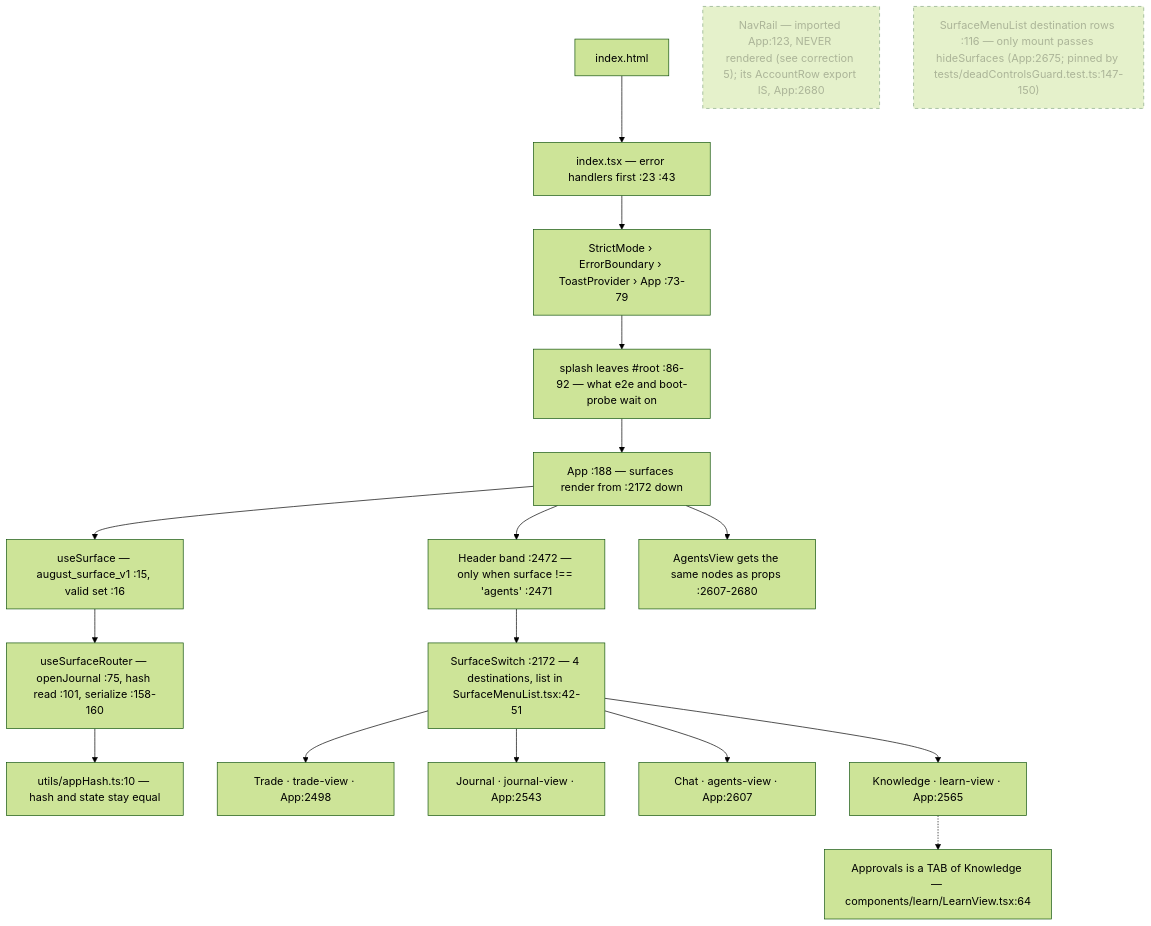
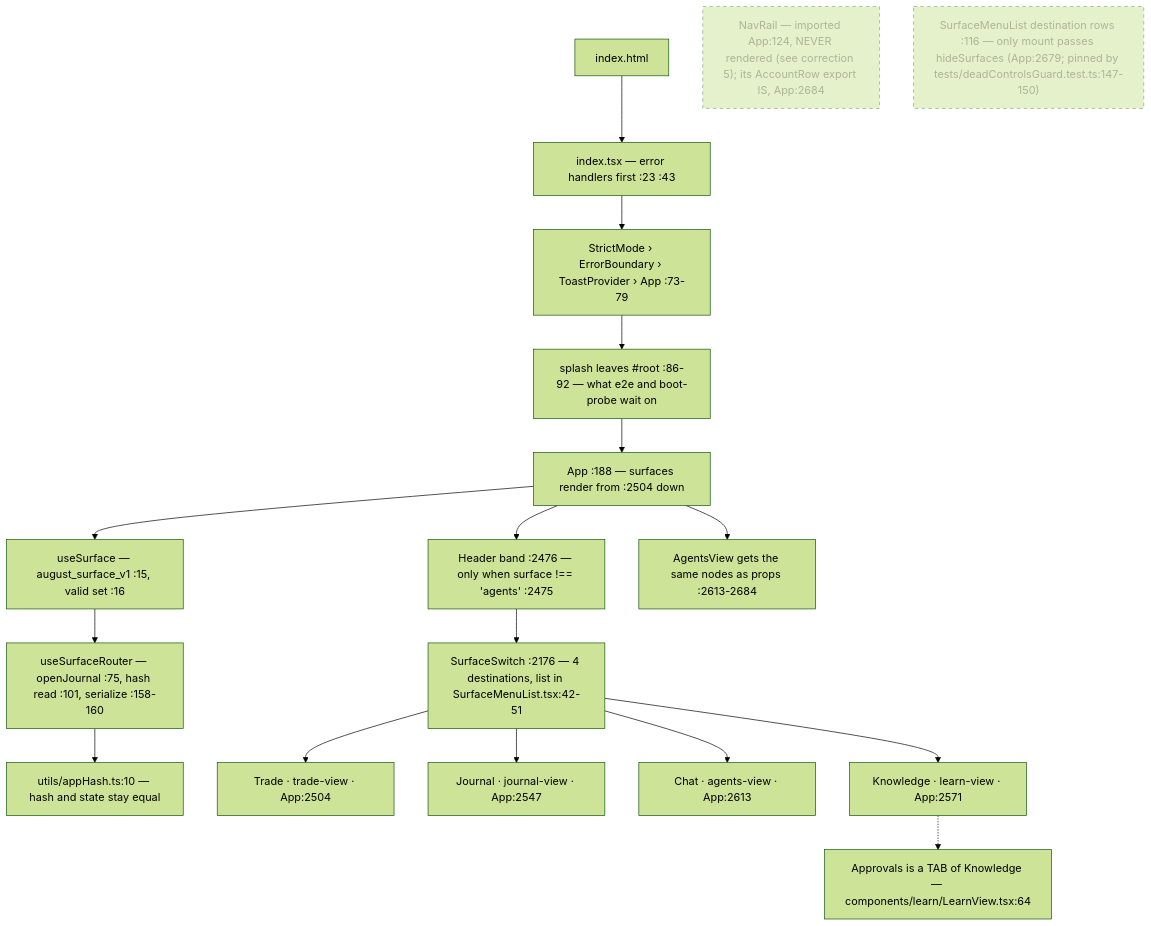
One commit to Acepay25/august-3.5 changed the first of 7 diagrams in docs/app-flow.md. Above: the diagram before and after it, drawn with Mermaid (forest theme). The commit also changed other lines of this file and 12 other files, not shown here.

First line of the commit message:
feat(automation): a schedule gets its own tool turn, its own ration, and its own bad news

````diff
--- a/docs/app-flow.md
+++ b/docs/app-flow.md
@@ -21,21 +21,21 @@
 ```mermaid
 flowchart TD
     H["index.html"] --> I["index.tsx — error handlers first :23 :43"]
     I --> S["StrictMode › ErrorBoundary › ToastProvider › App :73-79"]
     S --> SP["splash leaves #root :86-92 — what e2e and boot-probe wait on"]
-    SP --> APP["App :188 — surfaces render from :2172 down"]
+    SP --> APP["App :188 — surfaces render from :2504 down"]
     APP --> US["useSurface — august_surface_v1 :15, valid set :16"]
     US --> UR["useSurfaceRouter — openJournal :75, hash read :101, serialize :158-160"]
     UR --> HASH["utils/appHash.ts:10 — hash and state stay equal"]
-    APP --> HD["Header band :2472 — only when surface !== 'agents' :2471"]
-    HD --> SW["SurfaceSwitch :2172 — 4 destinations, list in SurfaceMenuList.tsx:42-51"]
-    APP --> AV["AgentsView gets the same nodes as props :2607-2680"]
-    SW --> T["Trade · trade-view · App:2498"]
-    SW --> J["Journal · journal-view · App:2543"]
-    SW --> C["Chat · agents-view · App:2607"]
-    SW --> K["Knowledge · learn-view · App:2565"]
+    APP --> HD["Header band :2476 — only when surface !== 'agents' :2475"]
+    HD --> SW["SurfaceSwitch :2176 — 4 destinations, list in SurfaceMenuList.tsx:42-51"]
+    APP --> AV["AgentsView gets the same nodes as props :2613-2684"]
+    SW --> T["Trade · trade-view · App:2504"]
+    SW --> J["Journal · journal-view · App:2547"]
+    SW --> C["Chat · agents-view · App:2613"]
+    SW --> K["Knowledge · learn-view · App:2571"]
     K -.-> AP["Approvals is a TAB of Knowledge — components/learn/LearnView.tsx:64"]
-    NR["NavRail — imported App:123, NEVER rendered (see correction 5); its AccountRow export IS, App:2680"]:::dead
-    SM["SurfaceMenuList destination rows :116 — only mount passes hideSurfaces (App:2675; pinned by tests/deadControlsGuard.test.ts:147-150)"]:::dead
+    NR["NavRail — imported App:124, NEVER rendered (see correction 5); its AccountRow export IS, App:2684"]:::dead
+    SM["SurfaceMenuList destination rows :116 — only mount passes hideSurfaces (App:2679; pinned by tests/deadControlsGuard.test.ts:147-150)"]:::dead
     classDef dead stroke-dasharray: 5 5,opacity:.5
 ```
````
